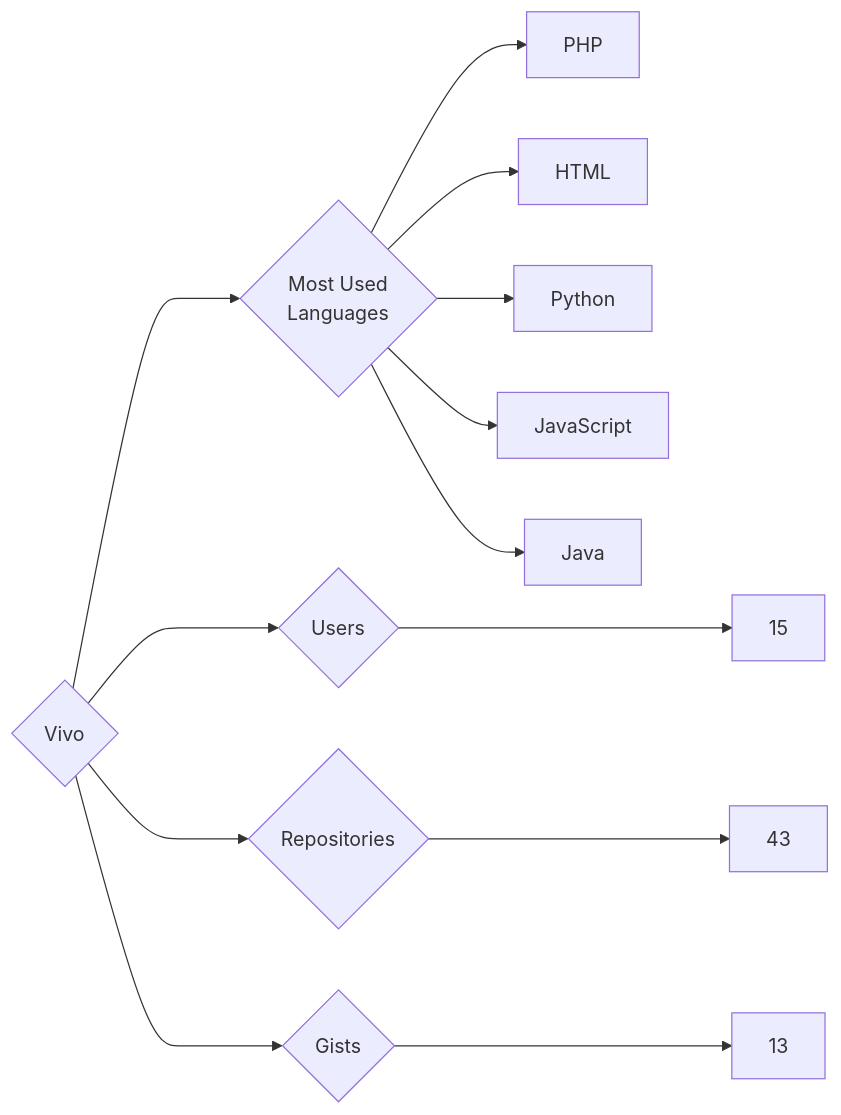
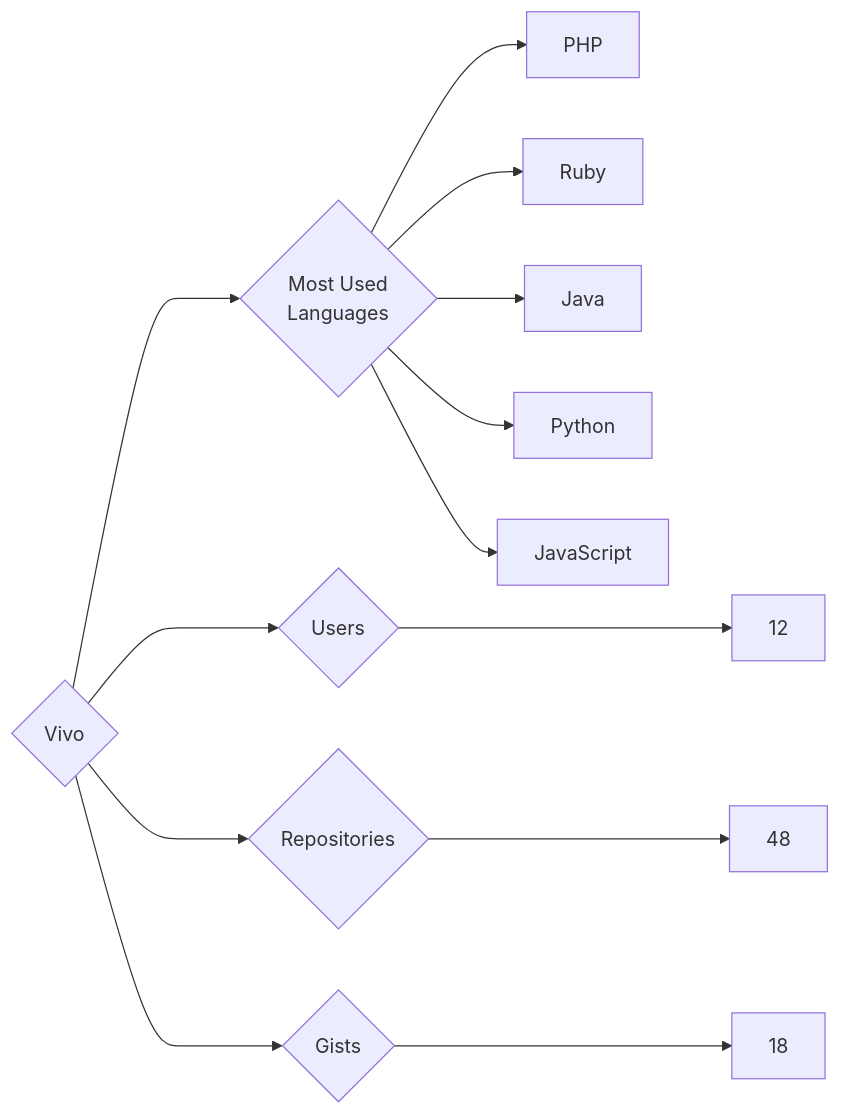
The diagram in targets/Vivo/README.md (trickest/insiders), drawn with Mermaid before and after one commit. The commit also changed 995 other files, not shown here.

````diff
--- a/targets/Vivo/README.md
+++ b/targets/Vivo/README.md
@@ -3,13 +3,13 @@
 ```mermaid
 graph LR
 COMPANY_NAME{Vivo}
-COMPANY_NAME ---> U{Users} ---> UN[15]
-COMPANY_NAME ---> R{Repositories} ---> RN[43]
-COMPANY_NAME ---> G{Gists} ---> GN[13]
+COMPANY_NAME ---> U{Users} ---> UN[12]
+COMPANY_NAME ---> R{Repositories} ---> RN[48]
+COMPANY_NAME ---> G{Gists} ---> GN[18]
 COMPANY_NAME ---> ML{Most Used<br>Languages}
 ML --> PHP[PHP]
-ML --> HTML[HTML]
+ML --> Ruby[Ruby]
+ML --> Java[Java]
 ML --> Python[Python]
 ML --> JavaScript[JavaScript]
-ML --> Java[Java]
 ```
````
